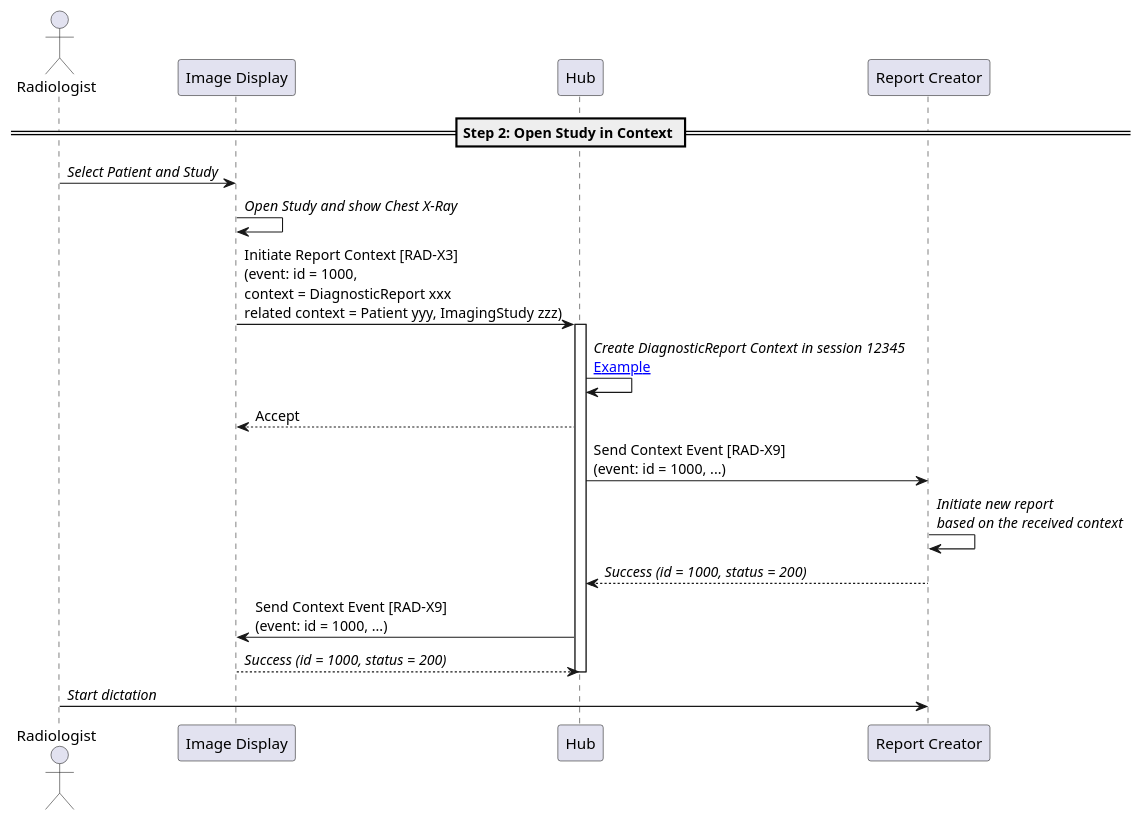
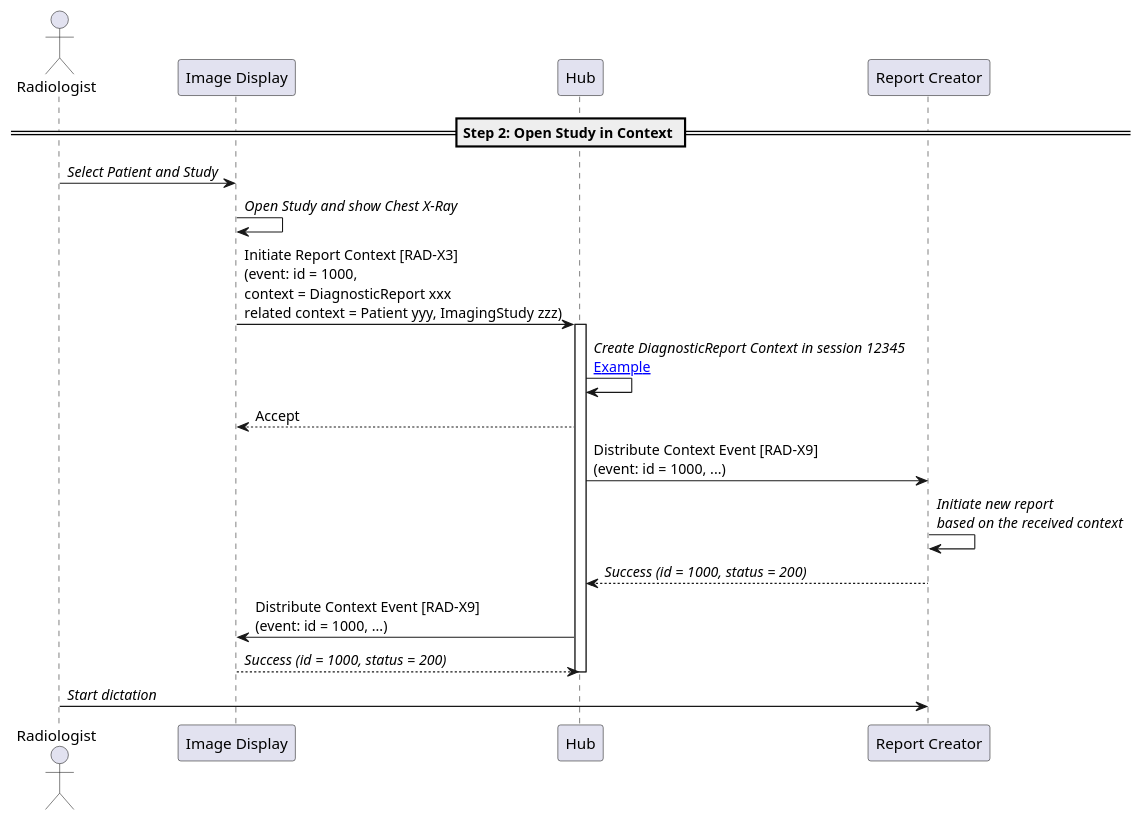
The diagram in input/images-source/step2-open-study-in-context.plantuml (IHE/RAD.IRA), drawn with PlantUML before and after one commit. The commit also changed 11 other files, not shown here.

Commit message:
Changed RAD-X9 to Distribute Context Event.

```diff
--- a/input/images-source/step2-open-study-in-context.plantuml
+++ b/input/images-source/step2-open-study-in-context.plantuml
@@ -1,29 +1,29 @@
 @startuml
 
 actor Radiologist as User
 participant "Image Display" as PACS
 participant "Hub" as Hub
 participant "Report Creator" as Report
 
 == Step 2: Open Study in Context ==
 
 User->PACS: //Select Patient and Study//
 PACS->PACS: //Open Study and show Chest X-Ray//
 
 PACS->Hub: Initiate Report Context [RAD-X3]\n(event: id = 1000,\ncontext = DiagnosticReport xxx\nrelated context = Patient yyy, ImagingStudy zzz)
 activate Hub
 
 Hub->Hub: //Create DiagnosticReport Context in session 12345//\n[[open_study_for_reporting.html#available-context-and-content-in-hub Example]]
 Hub-->PACS: Accept
 
-Hub->Report: Send Context Event [RAD-X9]\n(event: id = 1000, ...)
+Hub->Report: Distribute Context Event [RAD-X9]\n(event: id = 1000, ...)
 Report->Report: //Initiate new report//\n//based on the received context//
 Report-->Hub: //Success (id = 1000, status = 200)//
 
-Hub->PACS: Send Context Event [RAD-X9]\n(event: id = 1000, ...)
+Hub->PACS: Distribute Context Event [RAD-X9]\n(event: id = 1000, ...)
 PACS-->Hub: //Success (id = 1000, status = 200)//
 deactivate Hub
 
 User->Report: //Start dictation//
 
 @enduml
```
